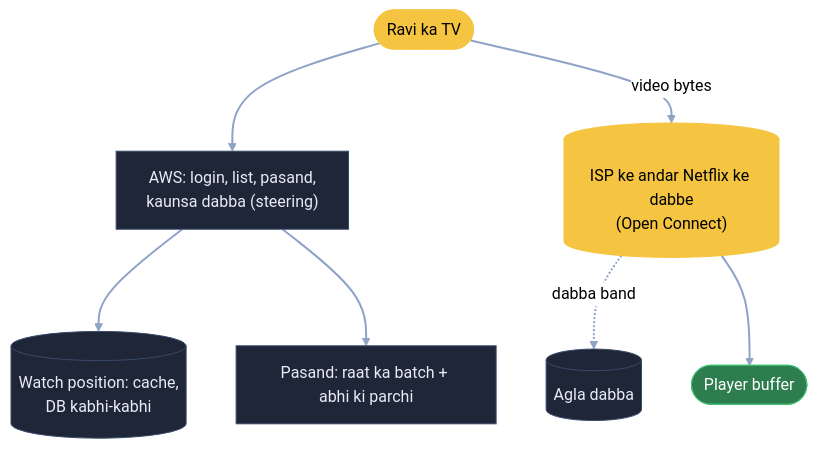
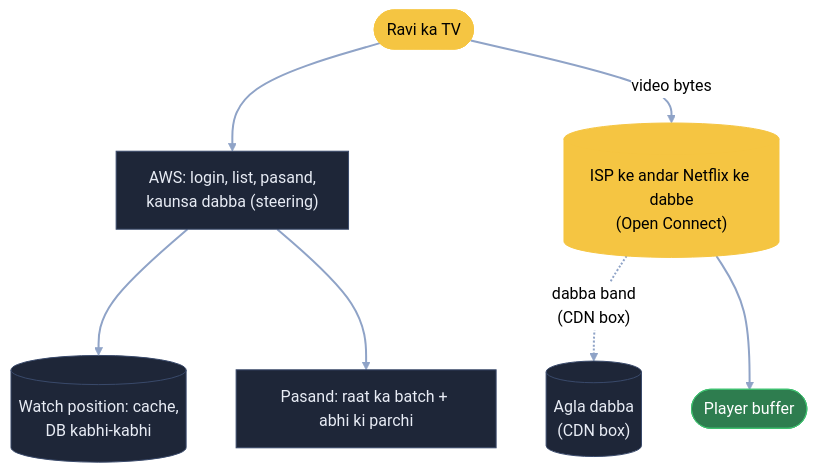
Before and after one commit to ArpanMaheshwari144/Prep: the ninth of 9 diagrams in 04_HLD/SYSTEM_DESIGNS/18_netflix/18_netflix.md, drawn with Mermaid (neutral theme). The commit also changed other lines of this file and 22 other files, not shown here.

Commit message:
Diagram: sirf kahani ke dohraaye shabd pe bracket, us jagah notes wala matlab (207 label)

````diff
--- a/04_HLD/SYSTEM_DESIGNS/18_netflix/18_netflix.md
+++ b/04_HLD/SYSTEM_DESIGNS/18_netflix/18_netflix.md
@@ -387,14 +387,14 @@
 ```mermaid
 flowchart TB
     TV(["Ravi ka TV"]):::pill --> AWS["AWS: login, list, pasand,<br/>kaunsa dabba (steering)"]:::card
     AWS --> WP[("Watch position: cache,<br/>DB kabhi-kabhi")]:::card
     AWS --> RC["Pasand: raat ka batch + abhi ki parchi"]:::card
     TV -- "video bytes" --> OC[("ISP ke andar Netflix ke dabbe<br/>(Open Connect)")]:::pill
-    OC -. "dabba band" .-> OC2[("Agla dabba")]:::card
+    OC -. "dabba band<br/>(CDN box)" .-> OC2[("Agla dabba<br/>(CDN box)")]:::card
     OC --> B(["Player buffer"]):::good
     linkStyle default stroke:#8fa3c7,stroke-width:2px
     classDef card fill:#1e2638,stroke:#3a4a6b,color:#e8ecf5
     classDef pill fill:#f5c542,stroke:#f5c542,color:#000
     classDef good fill:#2e7d4f,stroke:#3fbf6f,color:#fff
     classDef bad fill:#5c1f24,stroke:#e05561,color:#fff
 ```
````
